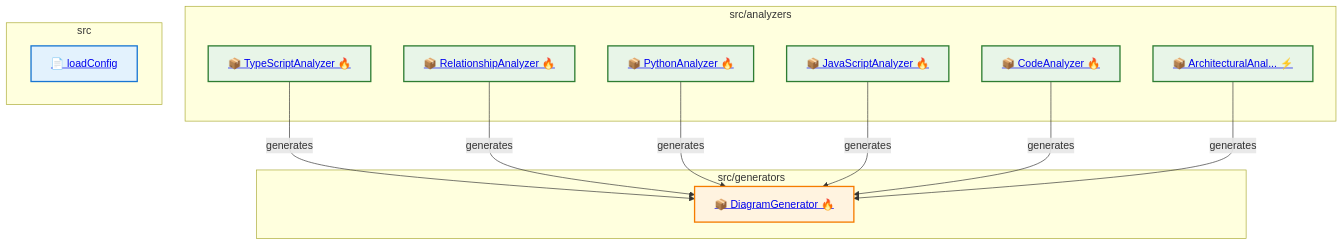
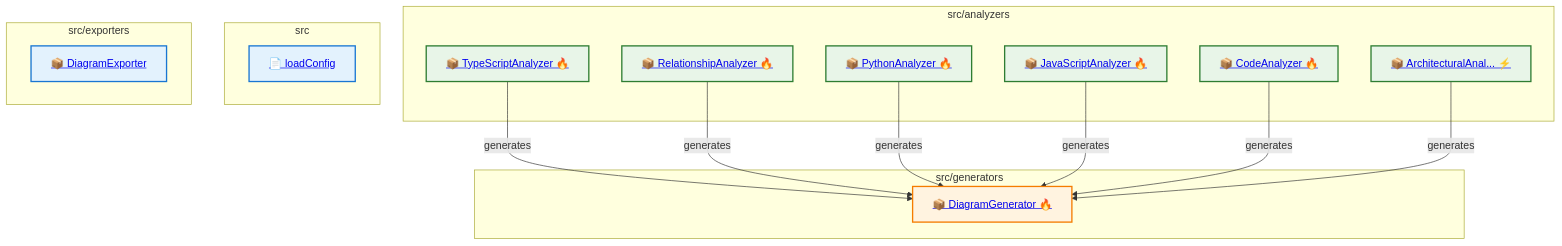
One commit to samjhill/diagrammer changed the diagram in docs/architecture/architecture_interactive.html.md. Above: the diagram before and after it, drawn with Mermaid. The commit also changed other lines of this file and 73 other files, not shown here.

Commit message:
docs: Update architecture diagrams [skip ci]

````diff
--- a/docs/architecture/architecture_interactive.html.md
+++ b/docs/architecture/architecture_interactive.html.md
@@ -5,52 +5,57 @@
 ```mermaid
 graph TB
   classDef component fill:#e3f2fd,stroke:#1976d2,stroke-width:2px
   classDef analyzer fill:#e8f5e8,stroke:#2e7d32,stroke-width:2px
   classDef generator fill:#fff3e0,stroke:#f57c00,stroke-width:2px
   classDef manager fill:#f3e5f5,stroke:#7b1fa2,stroke-width:2px
   classDef service fill:#e0f2f1,stroke:#00695c,stroke-width:2px
   classDef external fill:#ffebee,stroke:#c62828,stroke-width:2px
   classDef large fill:#e3f2fd,stroke:#1976d2,stroke-width:3px,font-size:14px
   classDef medium fill:#e3f2fd,stroke:#1976d2,stroke-width:2px,font-size:12px
   classDef small fill:#e3f2fd,stroke:#1976d2,stroke-width:1px,font-size:10px
   classDef framework fill:#f1f8e9,stroke:#558b2f,stroke-width:2px
   classDef npm fill:#e8eaf6,stroke:#3f51b5,stroke-width:2px
   classDef group fill:#fafafa,stroke:#424242,stroke-width:3px
   classDef relationship fill:#ffeb3b,stroke:#f57f17,stroke-width:2px
   classDef dependency fill:#ff9800,stroke:#e65100,stroke-width:2px
   classDef data fill:#4caf50,stroke:#1b5e20,stroke-width:2px
   classDef api fill:#2196f3,stroke:#0d47a1,stroke-width:2px
 
   subgraph src_analyzers["src/analyzers"]
     ArchitecturalAnalyzer["<a href='https://github.com/samjhill/diagrammer/blob/main/src/analyzers/architecturalAnalyzer.js' target='_blank'>📦 ArchitecturalAnal... ⚡</a>"]
     CodeAnalyzer["<a href='https://github.com/samjhill/diagrammer/blob/main/src/analyzers/codeAnalyzer.js' target='_blank'>📦 CodeAnalyzer 🔥</a>"]
     JavaScriptAnalyzer["<a href='https://github.com/samjhill/diagrammer/blob/main/src/analyzers/javascriptAnalyzer.js' target='_blank'>📦 JavaScriptAnalyzer 🔥</a>"]
     PythonAnalyzer["<a href='https://github.com/samjhill/diagrammer/blob/main/src/analyzers/pythonAnalyzer.js' target='_blank'>📦 PythonAnalyzer 🔥</a>"]
     RelationshipAnalyzer["<a href='https://github.com/samjhill/diagrammer/blob/main/src/analyzers/relationshipAnalyzer.js' target='_blank'>📦 RelationshipAnalyzer 🔥</a>"]
     TypeScriptAnalyzer["<a href='https://github.com/samjhill/diagrammer/blob/main/src/analyzers/typescriptAnalyzer.js' target='_blank'>📦 TypeScriptAnalyzer 🔥</a>"]
   end
 
   subgraph src["src"]
     loadConfig["<a href='https://github.com/samjhill/diagrammer/blob/main/src/index.js' target='_blank'>📄 loadConfig</a>"]
   end
 
   subgraph src_generators["src/generators"]
     DiagramGenerator["<a href='https://github.com/samjhill/diagrammer/blob/main/src/generators/diagramGenerator.js' target='_blank'>📦 DiagramGenerator 🔥</a>"]
   end
 
+  subgraph src_exporters["src/exporters"]
+    DiagramExporter["<a href='https://github.com/samjhill/diagrammer/blob/main/src/exporters/diagramExporter.js' target='_blank'>📦 DiagramExporter</a>"]
+  end
+
   loadConfig:::component
   DiagramGenerator:::generator
+  DiagramExporter:::component
   TypeScriptAnalyzer:::analyzer
   RelationshipAnalyzer:::analyzer
   PythonAnalyzer:::analyzer
   JavaScriptAnalyzer:::analyzer
   CodeAnalyzer:::analyzer
   ArchitecturalAnalyzer:::analyzer
   TypeScriptAnalyzer -->|generates| DiagramGenerator
   RelationshipAnalyzer -->|generates| DiagramGenerator
   PythonAnalyzer -->|generates| DiagramGenerator
   JavaScriptAnalyzer -->|generates| DiagramGenerator
   CodeAnalyzer -->|generates| DiagramGenerator
   ArchitecturalAnalyzer -->|generates| DiagramGenerator
 
 ```
````
